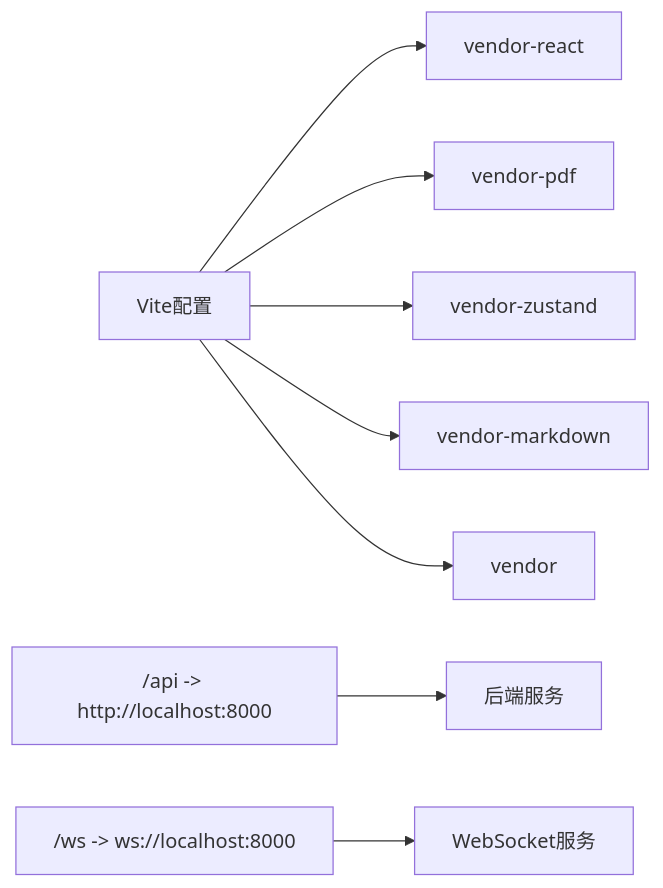
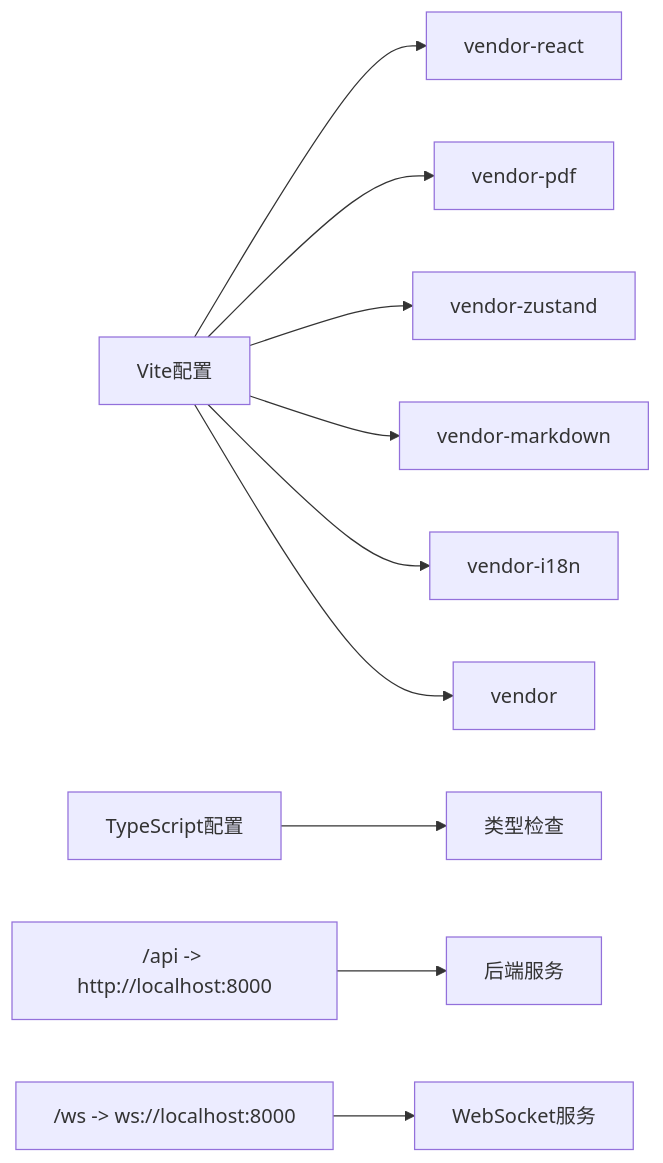
Before and after one commit to laohanhahaha/PaperChat: the eighth of 8 diagrams in .qoder/repowiki/zh/content/前端系统/前端系统.md, drawn with Mermaid. The commit also changed other lines of this file and 8 other files, not shown here.

````diff
--- a/.qoder/repowiki/zh/content/前端系统/前端系统.md
+++ b/.qoder/repowiki/zh/content/前端系统/前端系统.md
@@ -410,10 +500,12 @@
 ```mermaid
 graph LR
 Vite["Vite配置"] --> Chunk1["vendor-react"]
 Vite --> Chunk2["vendor-pdf"]
 Vite --> Chunk3["vendor-zustand"]
 Vite --> Chunk4["vendor-markdown"]
-Vite --> Chunk5["vendor"]
+Vite --> Chunk5["vendor-i18n"]
+Vite --> Chunk6["vendor"]
+TS["TypeScript配置"] --> Build["类型检查"]
 ProxyAPI["/api -> http://localhost:8000"] --> Backend["后端服务"]
 ProxyWS["/ws -> ws://localhost:8000"] --> WS["WebSocket服务"]
 ```
````
